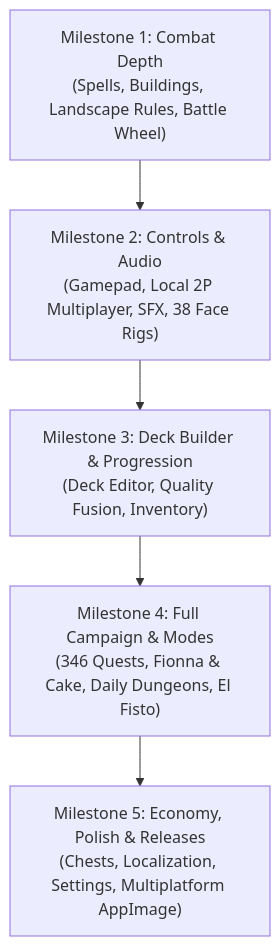
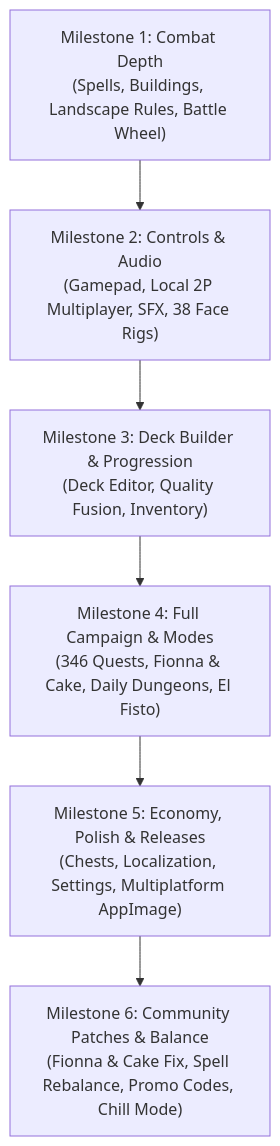
The diagram in BACKLOG.md (Veras-D/CardWarsForLinux), drawn with Mermaid before and after one commit. The commit also changed other lines of this file, not shown here.

Commit message:
docs: add Epic 10 covering community bug reports, upstream PRs, and balance patches

````diff
--- a/BACKLOG.md
+++ b/BACKLOG.md
@@ -422,7 +521,8 @@
 ```mermaid
 flowchart TD
     M1["Milestone 1: Combat Depth<br>(Spells, Buildings, Landscape Rules, Battle Wheel)"] --> M2["Milestone 2: Controls & Audio<br>(Gamepad, Local 2P Multiplayer, SFX, 38 Face Rigs)"]
     M2 --> M3["Milestone 3: Deck Builder & Progression<br>(Deck Editor, Quality Fusion, Inventory)"]
     M3 --> M4["Milestone 4: Full Campaign & Modes<br>(346 Quests, Fionna & Cake, Daily Dungeons, El Fisto)"]
     M4 --> M5["Milestone 5: Economy, Polish & Releases<br>(Chests, Localization, Settings, Multiplatform AppImage)"]
+    M5 --> M6["Milestone 6: Community Patches & Balance<br>(Fionna & Cake Fix, Spell Rebalance, Promo Codes, Chill Mode)"]
 ```
````
